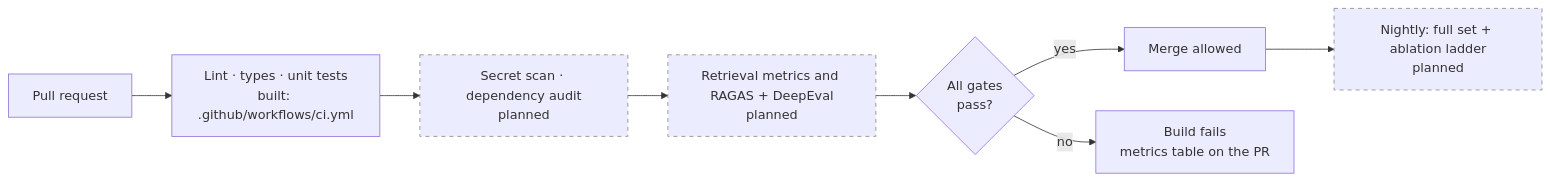
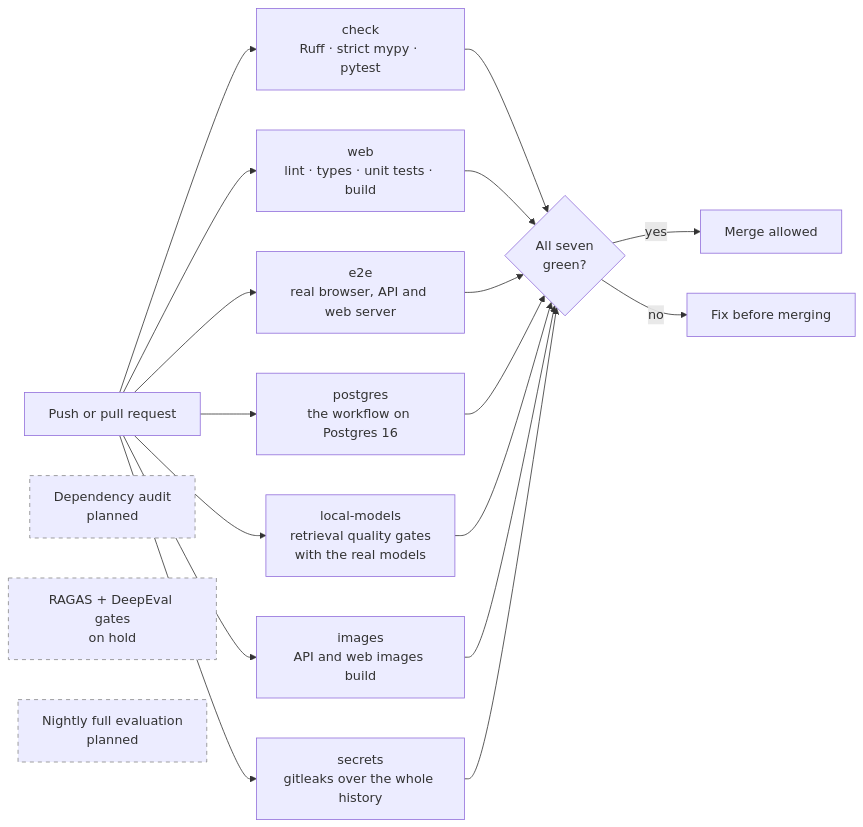
One commit to Tevaalgorithms/cite-desk changed the second of 5 diagrams in README.md. Above: the diagram before and after it, drawn with Mermaid. The commit also changed other lines of this file and 125 other files, not shown here.

First line of the commit message:
Models, evaluation gates, API, web app, Docker, Postgres, OpenAI writer, Pinecone, tracing and SSM secrets (#2)

````diff
--- a/README.md
+++ b/README.md
@@ -196,11 +327,18 @@
 ```mermaid
 graph LR
-    PR["Pull request"] --> S1["Lint · types · unit tests<br/>built: .github/workflows/ci.yml"]
-    S1 --> S2["Secret scan · dependency audit<br/>planned"]:::planned
-    S2 --> S3["Retrieval metrics and RAGAS + DeepEval<br/>planned"]:::planned
-    S3 --> G{"All gates<br/>pass?"}
-    G -- yes --> M["Merge allowed"]
-    G -- no --> F["Build fails<br/>metrics table on the PR"]
-    M --> N["Nightly: full set + ablation ladder<br/>planned"]:::planned
+    PR["Push or pull request"] --> CHECK & WEB & E2E & PG & MODELS & IMAGES & SECRETS
+    CHECK["check<br/>Ruff · strict mypy · pytest"]
+    WEB["web<br/>lint · types · unit tests · build"]
+    E2E["e2e<br/>real browser, API and web server"]
+    PG["postgres<br/>the workflow on Postgres 16"]
+    MODELS["local-models<br/>retrieval quality gates<br/>with the real models"]
+    IMAGES["images<br/>API and web images build"]
+    SECRETS["secrets<br/>gitleaks over the whole history"]
+    CHECK & WEB & E2E & PG & MODELS & IMAGES & SECRETS --> GATE{"All seven<br/>green?"}
+    GATE -- yes --> MERGE["Merge allowed"]
+    GATE -- no --> FIX["Fix before merging"]
+    DEP["Dependency audit<br/>planned"]:::planned
+    JUDGE["RAGAS + DeepEval gates<br/>on hold"]:::planned
+    NIGHT["Nightly full evaluation<br/>planned"]:::planned
     classDef planned stroke-dasharray: 5 5,stroke:#888
 ```
````
